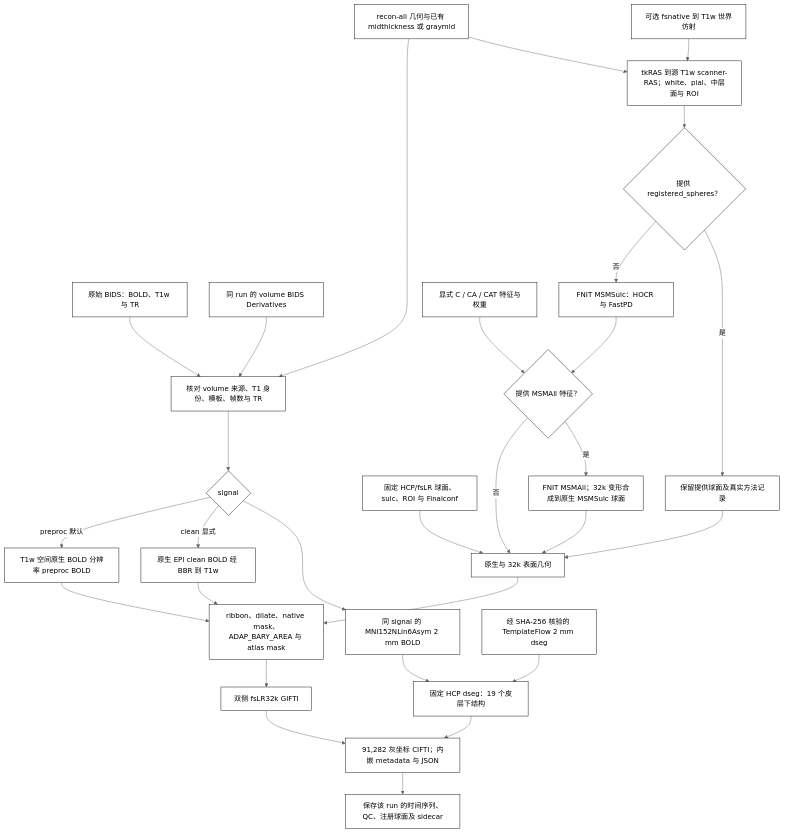
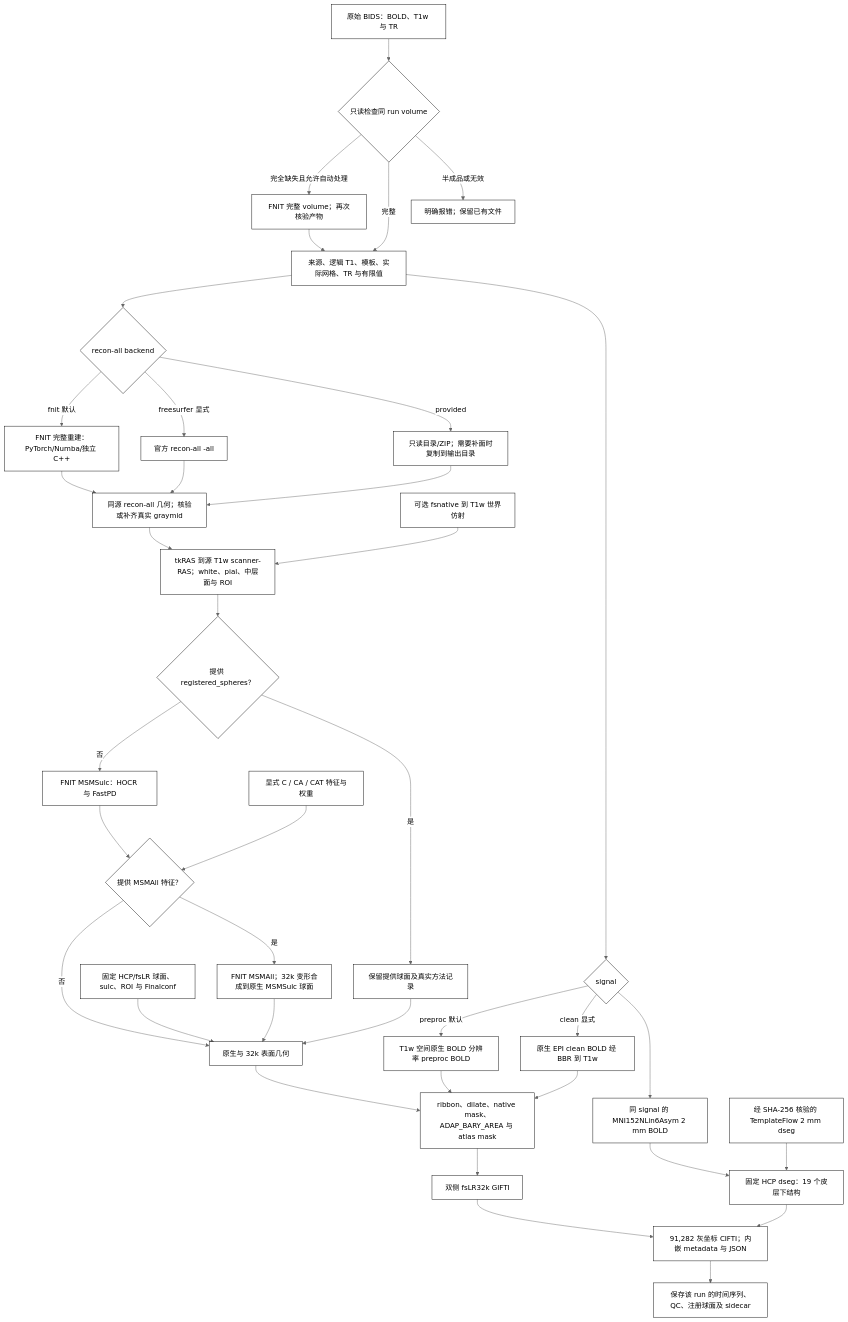
Before and after one commit to weikanggong1/Fudan-Neuroimaging-toolkit: the diagram in docs/fmri/surface.md, drawn with Mermaid (neutral theme). The commit also changed other lines of this file and 565 other files, not shown here.

````diff
--- a/docs/fmri/surface.md
+++ b/docs/fmri/surface.md
@@ -15,29 +17,34 @@
 ```mermaid
 flowchart TD
-    RAW["原始 BIDS：BOLD、T1w 与 TR"] --> CHECK["核对 volume 来源、T1 身份、模板、帧数与 TR"]
-    VOL["同 run 的 volume BIDS Derivatives"] --> CHECK
-    FS["recon-all 几何与已有 midthickness 或 graymid"] --> CHECK
+    RAW["原始 BIDS：BOLD、T1w 与 TR"] --> STATUS{"只读检查同 run volume"}
+    STATUS -- 完全缺失且允许自动处理 --> AUTOVOL["FNIT 完整 volume；再次核验产物"] --> CHECK["来源、逻辑 T1、模板、实际网格、TR 与有限值"]
+    STATUS -- 完整 --> CHECK
+    STATUS -- 半成品或无效 --> FAIL["明确报错；保留已有文件"]
+    CHECK --> BACKEND{"recon-all backend"}
+    BACKEND -- fnit 默认 --> FNITREC["FNIT 完整重建：PyTorch/Numba/独立 C++"] --> FS["同源 recon-all 几何；核验或补齐真实 graymid"]
+    BACKEND -- freesurfer 显式 --> FSREC["官方 recon-all -all"] --> FS
+    BACKEND -- provided --> USERREC["只读目录/ZIP；需要补面时复制到输出目录"] --> FS
     CHECK --> SIGNAL{"signal"}
     SIGNAL -- preproc 默认 --> T1BOLD["T1w 空间原生 BOLD 分辨率 preproc BOLD"]
     SIGNAL -- clean 显式 --> CLEAN["原生 EPI clean BOLD 经 BBR 到 T1w"]
     SIGNAL --> MNI["同 signal 的 MNI152NLin6Asym 2 mm BOLD"]
     FS --> GEO["tkRAS 到源 T1w scanner-RAS；white、pial、中层面与 ROI"]
     XFM["可选 fsnative 到 T1w 世界仿射"] --> GEO
     HCP["固定 HCP/fsLR 球面、sulc、ROI 与 Finalconf"] --> READY["原生与 32k 表面几何"]
     GEO --> SPHERE{"提供 registered_spheres？"}
     SPHERE -- 否 --> MSM["FNIT MSMSulc：HOCR 与 FastPD"] --> REFINE{"提供 MSMAll 特征？"}
     REFINE -- 否 --> READY
     FEATURES["显式 C / CA / CAT 特征与权重"] --> REFINE
     REFINE -- 是 --> MSMALL["FNIT MSMAll；32k 变形合成到原生 MSMSulc 球面"] --> READY
     SPHERE -- 是 --> PROVIDED["保留提供球面及真实方法记录"] --> READY
     T1BOLD --> PROJ["ribbon、dilate、native mask、ADAP_BARY_AREA 与 atlas mask"]
     CLEAN --> PROJ
     READY --> PROJ
     PROJ --> GIFTI["双侧 fsLR32k GIFTI"]
     MNI --> SUB["固定 HCP dseg：19 个皮层下结构"]
     DSEG["经 SHA-256 核验的 TemplateFlow 2 mm dseg"] --> SUB
     GIFTI --> CIFTI["91,282 灰坐标 CIFTI；内嵌 metadata 与 JSON"]
     SUB --> CIFTI
     CIFTI --> OUT["保存该 run 的时间序列、QC、注册球面及 sidecar"]
     classDef default fill:#ffffff,stroke:#000000,color:#000000;
 ```
````
